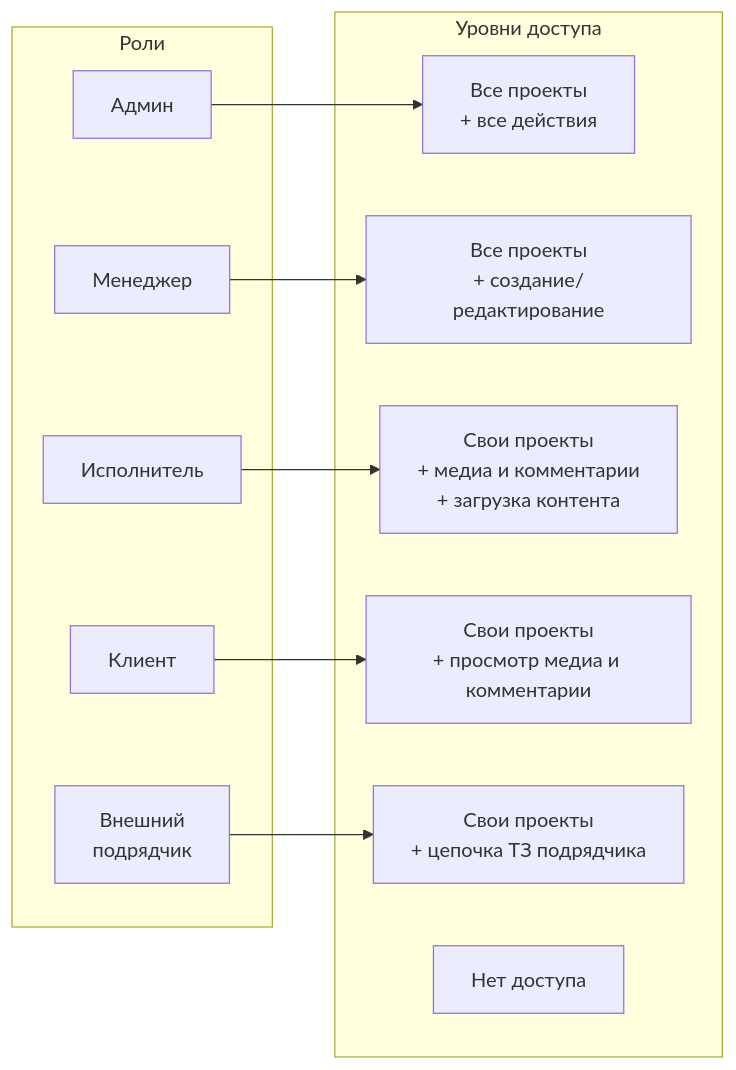
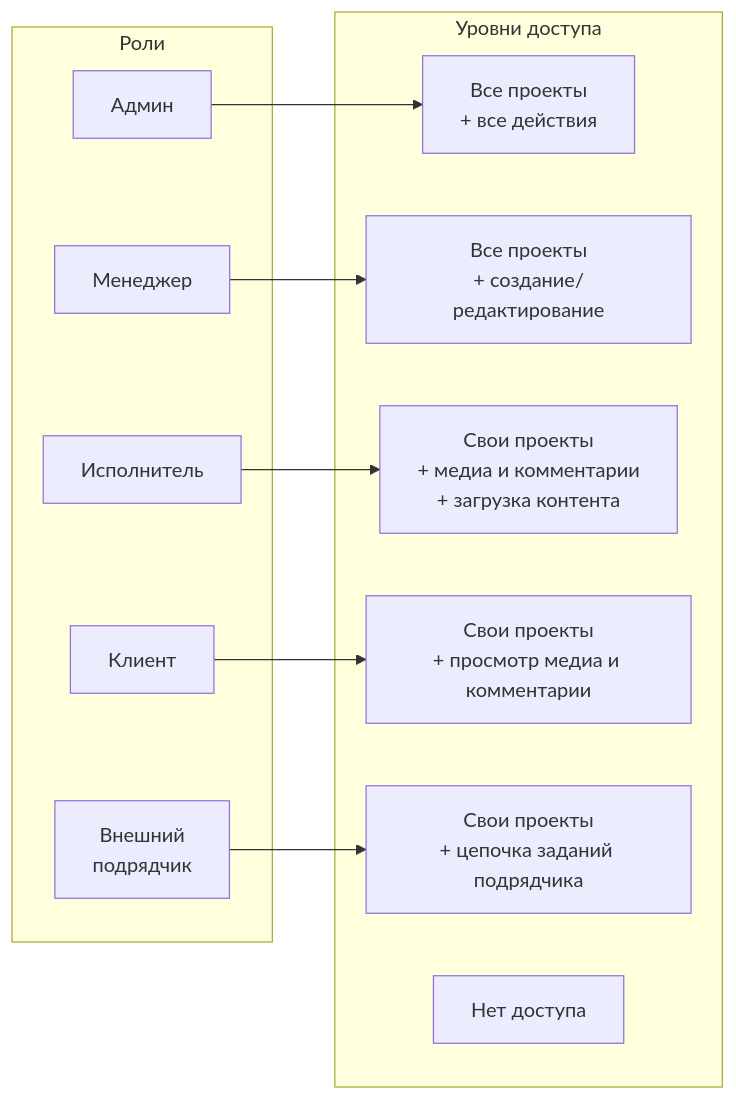
Before and after one commit to eQurane/mox: the seventh of 8 diagrams in report/README.md, drawn with Mermaid. The commit also changed other lines of this file and 42 other files, not shown here.

````diff
--- a/report/README.md
+++ b/report/README.md
@@ -397,25 +417,25 @@
 ```mermaid
 graph LR
     subgraph Roles["Роли"]
         Admin["Админ"]
         Manager["Менеджер"]
         Executor["Исполнитель"]
         Client["Клиент"]
         External["Внешний\nподрядчик"]
     end
 
     subgraph Access["Уровни доступа"]
         Full["Все проекты\n+ все действия"]
         ManageOwn["Все проекты\n+ создание/редактирование"]
         ViewOwn["Свои проекты\n+ медиа и комментарии\n+ загрузка контента"]
         ClientAccess["Свои проекты\n+ просмотр медиа и комментарии"]
-        ContractorScope["Свои проекты\n+ цепочка ТЗ подрядчика"]
+        ContractorScope["Свои проекты\n+ цепочка заданий подрядчика"]
         None["Нет доступа"]
     end
 
     Admin --> Full
     Manager --> ManageOwn
     Executor --> ViewOwn
     Client --> ClientAccess
     External --> ContractorScope
 ```
````
